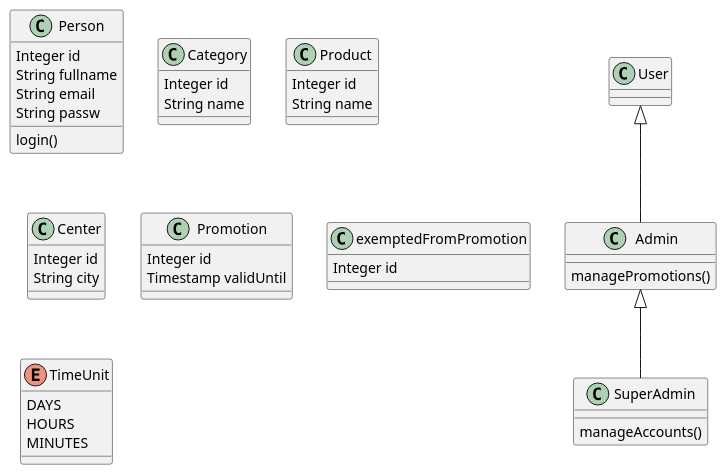
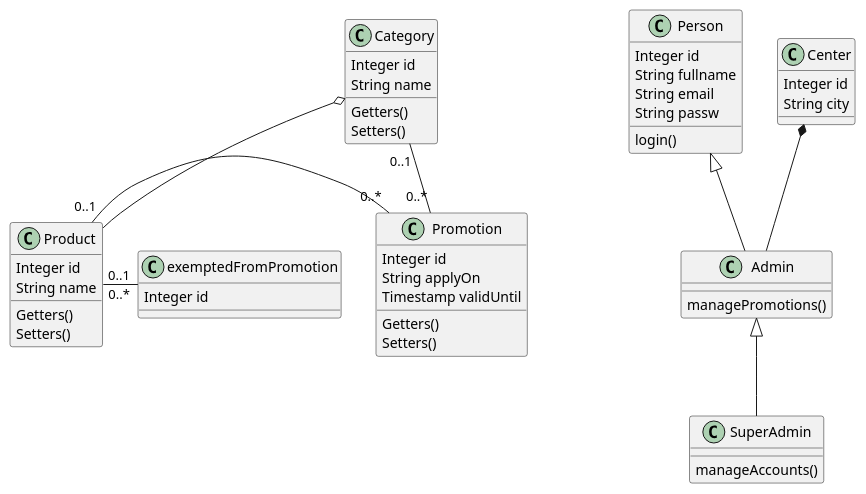
The diagram in Conception/marjaneClass.puml (mehdilagdimi/marjane-promo-manager), drawn with PlantUML before and after one commit.

Commit message:
added class diagram

```diff
--- a/Conception/marjaneClass.puml
+++ b/Conception/marjaneClass.puml
@@ -1,55 +1,69 @@
 @startuml
 'https://plantuml.com/class-diagram
 
 abstract class Person
 
+'Inheritance
+Person <|-- Admin
+Admin <|-- SuperAdmin
 
-User <|-- Admin
-Admin <|-- SuperAdmin
+'Aggregation
+Category o-- Product
+Center *-- Admin
+
+Category "0..1" - "0..*" Promotion
+Product "0..1" - "0..*" Promotion
+
+'This needs to be changed to many-to-many relationship
+'in case a product can belong to more than one category
+Product "0..1" - "0..*" exemptedFromPromotion
 
 class Person {
     Integer id
     String fullname
     String email
     String passw
     login()
 }
 
 class Admin {
     managePromotions()
 }
 
 class SuperAdmin {
     manageAccounts()
 }
 
 class Category {
     Integer id
     String name
+    Getters()
+    Setters()
 }
 class Product {
     Integer id
     String name
+    Getters()
+    Setters()
 }
 
 class Center {
     Integer id
     String city
 }
 
 class Promotion {
     Integer id
+    String applyOn
     Timestamp validUntil
+    Getters()
+    Setters()
 }
 
 class exemptedFromPromotion {
     Integer id
 }
 
-enum TimeUnit {
-DAYS
-HOURS
-MINUTES
-}
+
 
 @enduml
```
